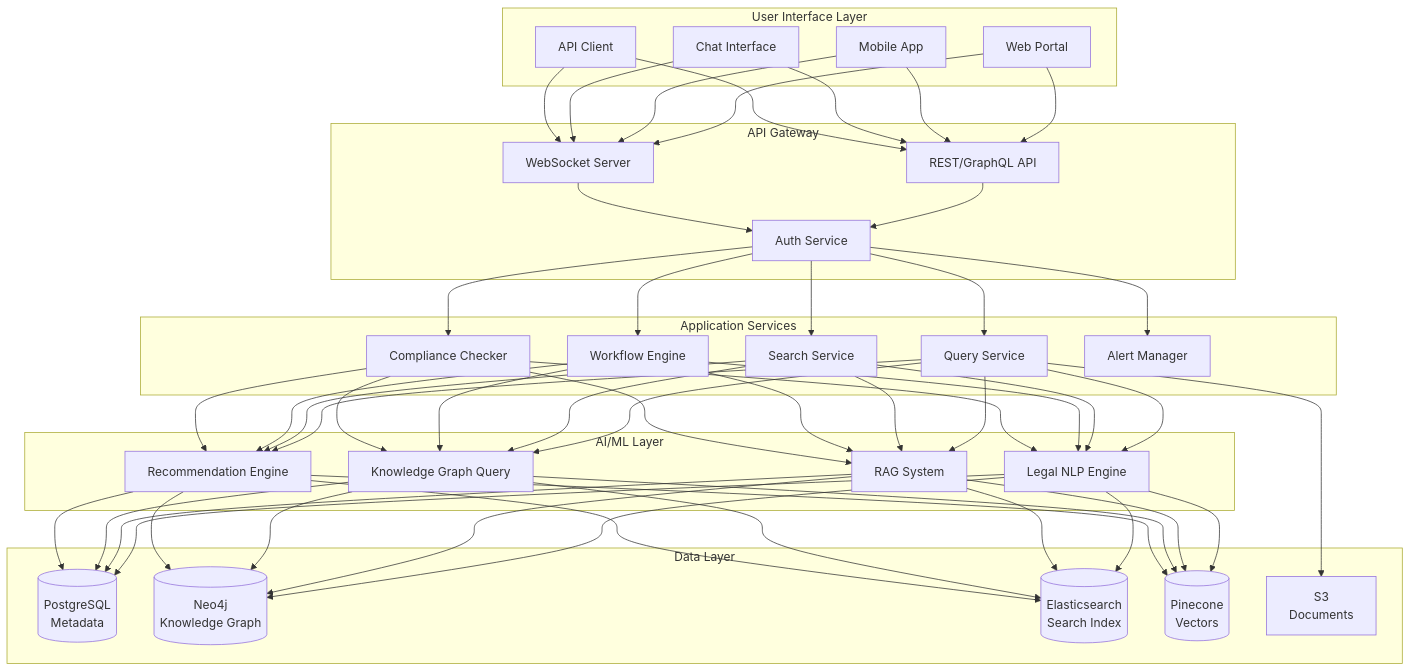
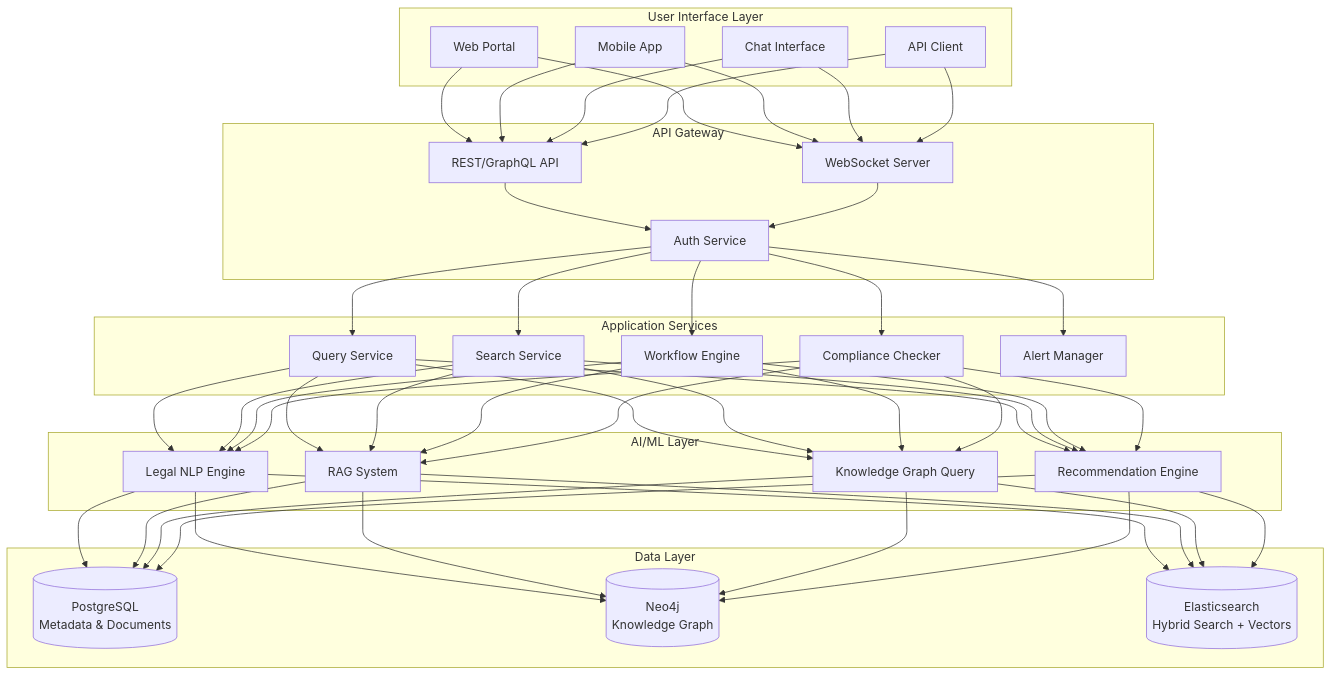
The first of 14 diagrams in docs/design.md (samjd-zz/regulatory-intelligence-assistant), drawn with Mermaid before and after one commit. The commit also changed other lines of this file, not shown here.

````diff
--- a/docs/design.md
+++ b/docs/design.md
@@ -40,11 +40,9 @@
     end
     
     subgraph "Data Layer"
-        Q[(PostgreSQL<br/>Metadata)]
+        Q[(PostgreSQL<br/>Metadata & Documents)]
         R[(Neo4j<br/>Knowledge Graph)]
-        S[(Elasticsearch<br/>Search Index)]
-        T[(Pinecone<br/>Vectors)]
-        U[S3<br/>Documents]
+        S[(Elasticsearch<br/>Hybrid Search + Vectors)]
     end
     
     A --> E
@@ -85,19 +83,13 @@
     M --> Q
     M --> R
     M --> S
-    M --> T
     N --> Q
     N --> R
     N --> S
-    N --> T
     O --> Q
     O --> R
     O --> S
-    O --> T
     P --> Q
     P --> R
     P --> S
-    P --> T
-    
-    H --> U
 ```
````
